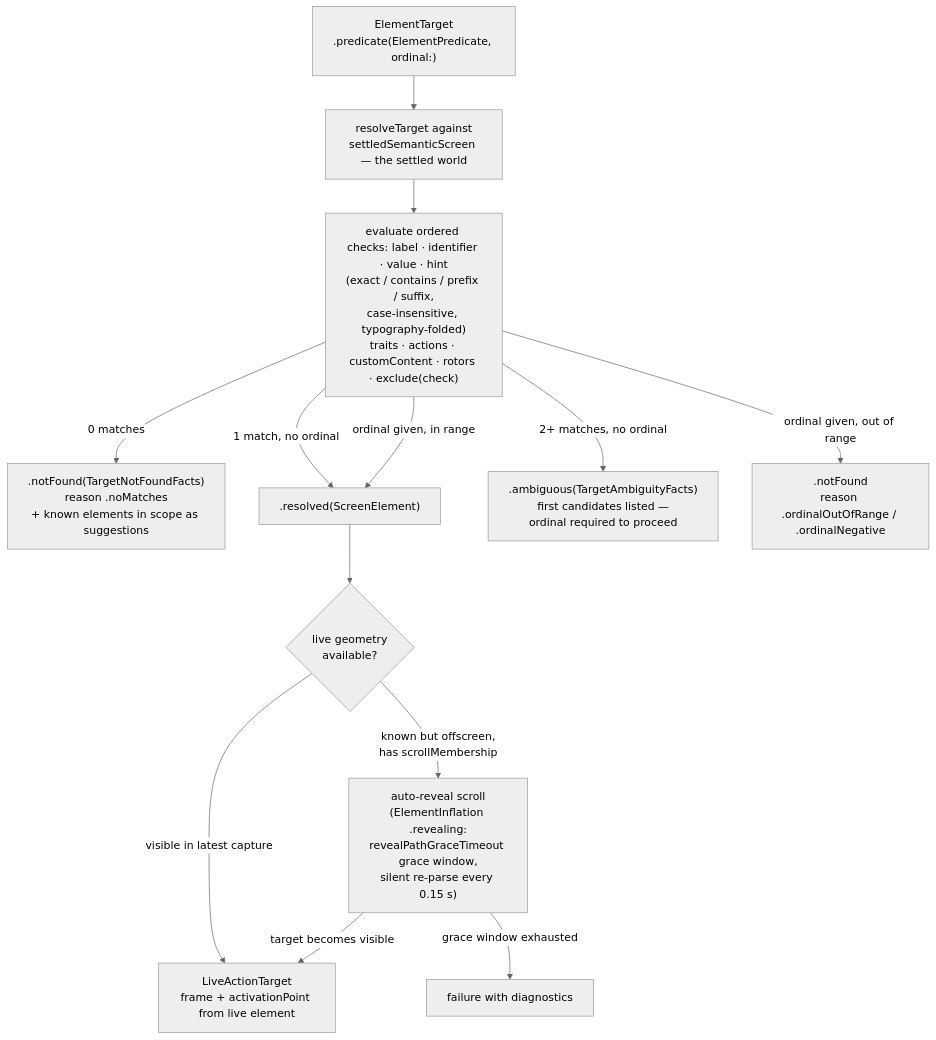
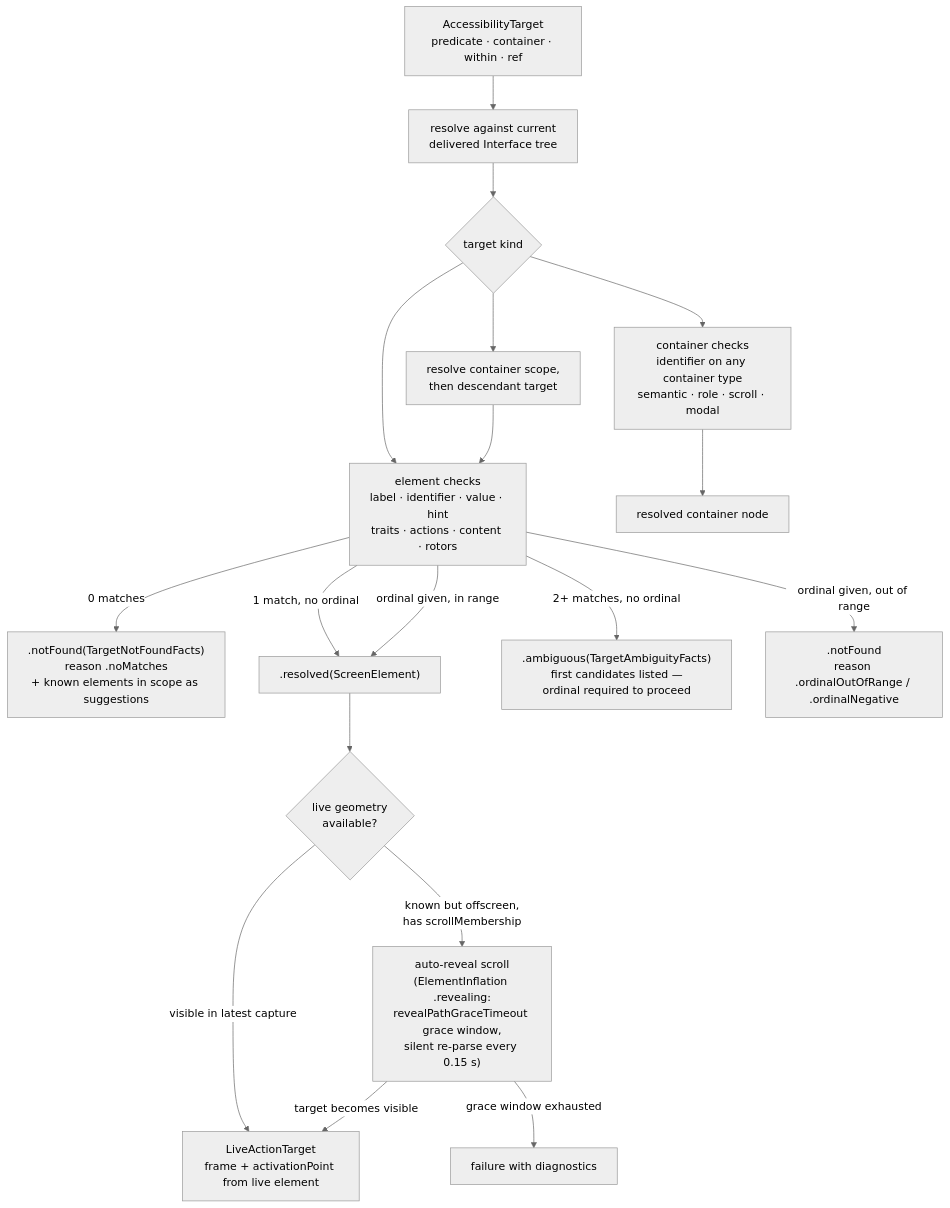
One commit to RoyalPineapple/TheButtonHeist changed the diagram in docs/diagrams/element-inflation.md. Above: the diagram before and after it, drawn with Mermaid (neutral theme). The commit also changed other lines of this file and 279 other files, not shown here.

````diff
--- a/docs/diagrams/element-inflation.md
+++ b/docs/diagrams/element-inflation.md
@@ -8,17 +10,22 @@
 ```mermaid
 flowchart TD
-    TARGET["ElementTarget<br/>.predicate(ElementPredicate, ordinal:)"] --> SCOPE["resolveTarget against<br/>settledSemanticScreen — the settled world"]
-    SCOPE --> MATCH["evaluate ordered checks: label · identifier · value · hint<br/>(exact / contains / prefix / suffix,<br/>case-insensitive, typography-folded)<br/>traits · actions · customContent · rotors · exclude(check)"]
+    TARGET["AccessibilityTarget<br/>predicate · container · within · ref"] --> SCOPE["resolve against current<br/>delivered Interface tree"]
+    SCOPE --> KIND{"target kind"}
+    KIND --> MATCH["element checks<br/>label · identifier · value · hint<br/>traits · actions · content · rotors"]
+    KIND --> CMATCH["container checks<br/>identifier on any container type<br/>semantic · role · scroll · modal"]
+    KIND --> WITHIN["resolve container scope,<br/>then descendant target"]
+    CMATCH --> RESOLVEDNODE["resolved container node"]
+    WITHIN --> MATCH
 
     MATCH -- "0 matches" --> NOTFOUND[".notFound(TargetNotFoundFacts)<br/>reason .noMatches<br/>+ known elements in scope as suggestions"]
     MATCH -- "1 match, no ordinal" --> RESOLVED[".resolved(ScreenElement)"]
     MATCH -- "2+ matches, no ordinal" --> AMBIG[".ambiguous(TargetAmbiguityFacts)<br/>first candidates listed —<br/>ordinal required to proceed"]
     MATCH -- "ordinal given, in range" --> RESOLVED
     MATCH -- "ordinal given, out of range" --> NOTFOUND2[".notFound<br/>reason .ordinalOutOfRange / .ordinalNegative"]
 
     RESOLVED --> LIVE{"live geometry<br/>available?"}
     LIVE -- "visible in latest capture" --> ACT["LiveActionTarget<br/>frame + activationPoint from live element"]
     LIVE -- "known but offscreen,<br/>has scrollMembership" --> REVEAL["auto-reveal scroll<br/>(ElementInflation .revealing:<br/>revealPathGraceTimeout grace window,<br/>silent re-parse every 0.15 s)"]
     REVEAL -- "target becomes visible" --> ACT
     REVEAL -- "grace window exhausted" --> MISS["failure with diagnostics"]
 ```
````
